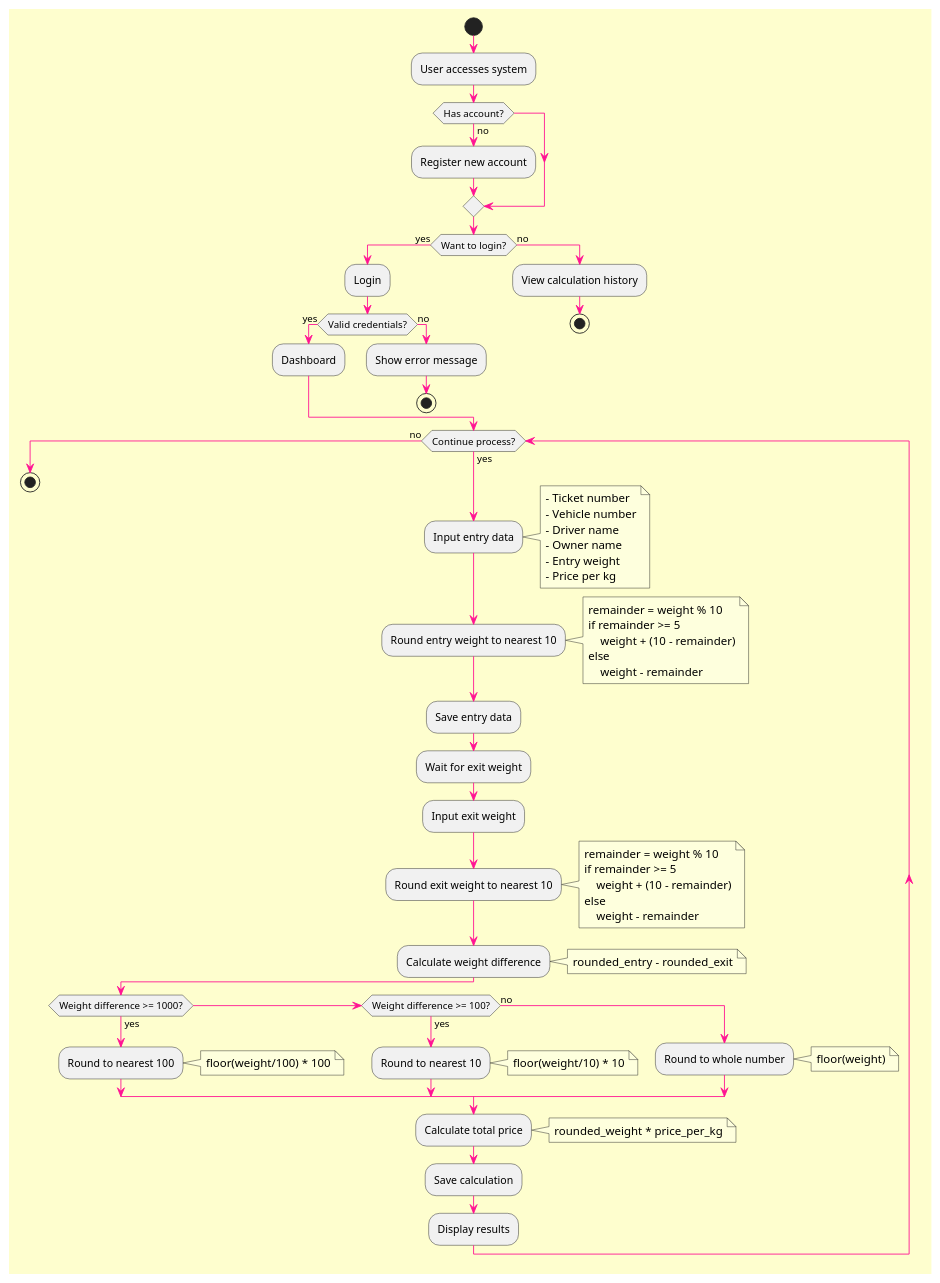
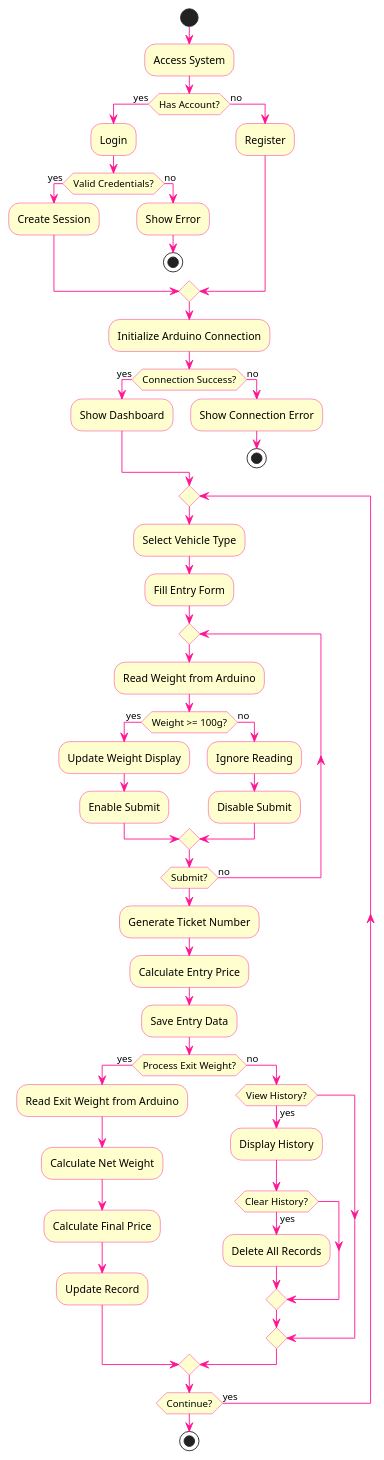
One commit to MasRama/dan-weight changed the diagram in diagram/flowchart.puml. Above: the diagram before and after it, drawn with PlantUML. The commit also changed 4 other files, not shown here.

```diff
--- a/diagram/flowchart.puml
+++ b/diagram/flowchart.puml
@@ -1,101 +1,72 @@
 @startuml
 
 skinparam {
-    BackgroundColor #FEFECE
+    ActivityBackgroundColor #FEFECE
+    ActivityBorderColor DeepPink
+    ActivityDiamondBackgroundColor #FEFECE
+    ActivityDiamondBorderColor DeepPink
     ArrowColor DeepPink
-    BorderColor DeepPink
-    NodeBackgroundColor #FEFECE
-    NodeBorderColor DeepPink
 }
 
 start
 
-:User accesses system;
+:Access System;
 
-if (Has account?) then (no)
-    :Register new account;
-endif
-
-if (Want to login?) then (yes)
+if (Has Account?) then (yes)
     :Login;
-    if (Valid credentials?) then (yes)
-        :Dashboard;
+    if (Valid Credentials?) then (yes)
+        :Create Session;
     else (no)
-        :Show error message;
+        :Show Error;
         stop
     endif
 else (no)
-    :View calculation history;
+    :Register;
+endif
+
+:Initialize Arduino Connection;
+if (Connection Success?) then (yes)
+    :Show Dashboard;
+else (no)
+    :Show Connection Error;
     stop
 endif
 
-while (Continue process?) is (yes)
-    :Input entry data;
-    note right
-        - Ticket number
-        - Vehicle number
-        - Driver name
-        - Owner name
-        - Entry weight
-        - Price per kg
-    end note
+repeat
+    :Select Vehicle Type;
+    :Fill Entry Form;
     
-    :Round entry weight to nearest 10;
-    note right
-        remainder = weight % 10
-        if remainder >= 5
-            weight + (10 - remainder)
-        else
-            weight - remainder
-    end note
+    repeat
+        :Read Weight from Arduino;
+        if (Weight >= 100g?) then (yes)
+            :Update Weight Display;
+            :Enable Submit;
+        else (no)
+            :Ignore Reading;
+            :Disable Submit;
+        endif
+    repeat while (Submit?) is (no)
     
-    :Save entry data;
+    :Generate Ticket Number;
+    :Calculate Entry Price;
+    :Save Entry Data;
     
-    :Wait for exit weight;
-    
-    :Input exit weight;
-    
-    :Round exit weight to nearest 10;
-    note right
-        remainder = weight % 10
-        if remainder >= 5
-            weight + (10 - remainder)
-        else
-            weight - remainder
-    end note
-    
-    :Calculate weight difference;
-    note right
-        rounded_entry - rounded_exit
-    end note
-    
-    if (Weight difference >= 1000?) then (yes)
-        :Round to nearest 100;
-        note right
-            floor(weight/100) * 100
-        end note
-    else if (Weight difference >= 100?) then (yes)
-        :Round to nearest 10;
-        note right
-            floor(weight/10) * 10
-        end note
+    if (Process Exit Weight?) then (yes)
+        :Read Exit Weight from Arduino;
+        :Calculate Net Weight;
+        :Calculate Final Price;
+        :Update Record;
     else (no)
-        :Round to whole number;
-        note right
-            floor(weight)
-        end note
+        if (View History?) then (yes)
+            :Display History;
+            if (Clear History?) then (yes)
+                :Delete All Records;
+            endif
+        endif
     endif
-    
-    :Calculate total price;
-    note right
-        rounded_weight * price_per_kg
-    end note
-    
-    :Save calculation;
-    
-    :Display results;
-endwhile (no)
+
+repeat while (Continue?) is (yes)
 
 stop
 
 @enduml
```
